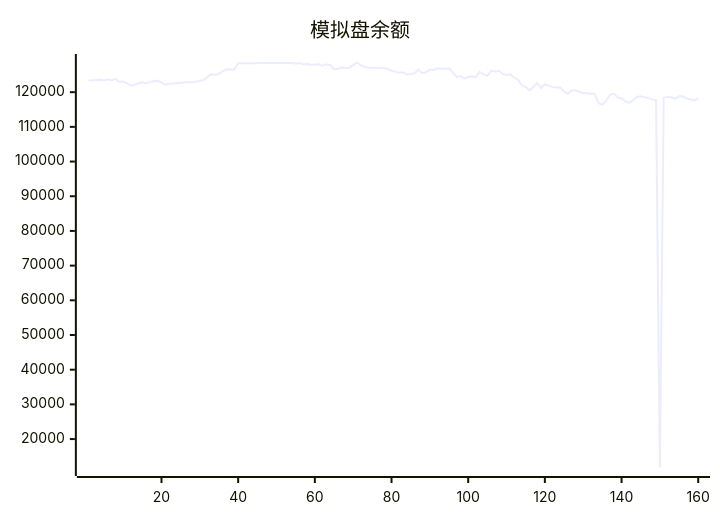
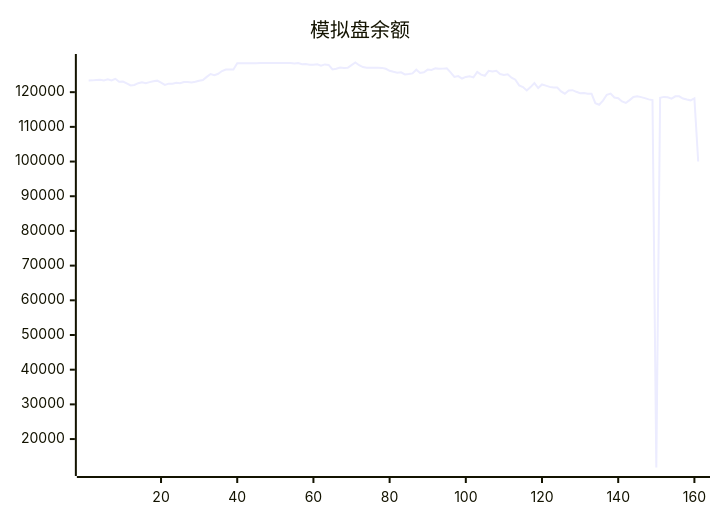
One commit to aahl/ai-trading changed the diagram in README.md. Above: the diagram before and after it, drawn with Mermaid. The commit also changed other lines of this file and 1 other file, not shown here.

````diff
--- a/README.md
+++ b/README.md
@@ -5,5 +5,5 @@
 ```mermaid
 xychart
     title "模拟盘余额"
-    line [123338,123402,123530,123592,123378,123745,123413,123853,123009,123040,122557,121938,122095,122599,122856,122597,122898,123160,123319,122719,122087,122454,122416,122685,122592,122907,122961,122776,122981,123295,123507,124403,125224,124894,125303,126088,126544,126534,126549,128335,128318,128318,128318,128318,128318,128424,128424,128424,128424,128424,128424,128424,128424,128424,128247,128412,128062,128087,127917,127901,128026,127611,128000,127850,126572,126770,127100,126971,127029,127783,128554,127765,127224,127064,127044,127009,127025,127004,126738,126152,125871,125635,125707,125117,125217,125420,126480,125545,125715,126511,126424,126856,126764,126788,126890,125710,124381,124632,123936,124402,124574,124256,125833,125070,124739,126154,125966,126145,125213,124943,125143,124157,123604,121959,121476,120476,121470,122610,121201,122221,121889,121522,121332,121344,120232,119559,120513,120577,120108,119680,119777,119572,119568,116839,116392,117573,119250,119585,118469,118277,117338,116897,117706,118628,118849,118579,118280,117926,117735,11802,118373,118639,118544,118136,118798,118819,118162,117874,117649,118215]
+    line [123338,123402,123530,123592,123378,123745,123413,123853,123009,123040,122557,121938,122095,122599,122856,122597,122898,123160,123319,122719,122087,122454,122416,122685,122592,122907,122961,122776,122981,123295,123507,124403,125224,124894,125303,126088,126544,126534,126549,128335,128318,128318,128318,128318,128318,128424,128424,128424,128424,128424,128424,128424,128424,128424,128247,128412,128062,128087,127917,127901,128026,127611,128000,127850,126572,126770,127100,126971,127029,127783,128554,127765,127224,127064,127044,127009,127025,127004,126738,126152,125871,125635,125707,125117,125217,125420,126480,125545,125715,126511,126424,126856,126764,126788,126890,125710,124381,124632,123936,124402,124574,124256,125833,125070,124739,126154,125966,126145,125213,124943,125143,124157,123604,121959,121476,120476,121470,122610,121201,122221,121889,121522,121332,121344,120232,119559,120513,120577,120108,119680,119777,119572,119568,116839,116392,117573,119250,119585,118469,118277,117338,116897,117706,118628,118849,118579,118280,117926,117735,11802,118373,118639,118544,118136,118798,118819,118162,117874,117649,118215,100000]
 ```
````
